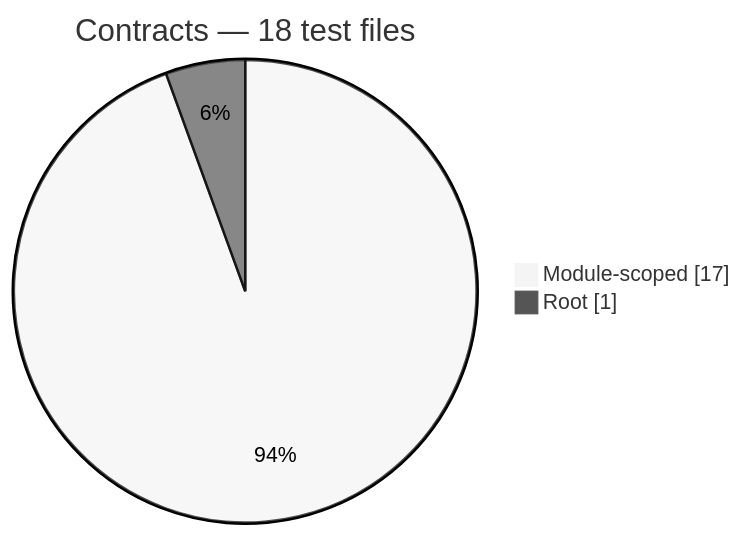
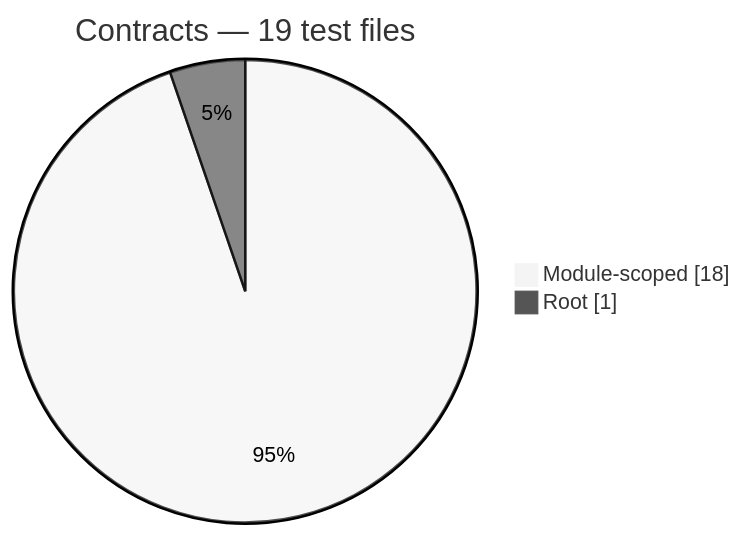
One commit to Mohammed-Alama/php-arazzo changed the first of 7 diagrams in docs/generated/test-composition.md. Above: the diagram before and after it, drawn with Mermaid (neutral theme). The commit also changed other lines of this file and 12 other files, not shown here.

````diff
--- a/docs/generated/test-composition.md
+++ b/docs/generated/test-composition.md
@@ -14,6 +14,6 @@
 ```mermaid
 pie showData
-    title Contracts — 18 test files
-    "Module-scoped": 17
+    title Contracts — 19 test files
+    "Module-scoped": 18
     "Root": 1
 ```
````
